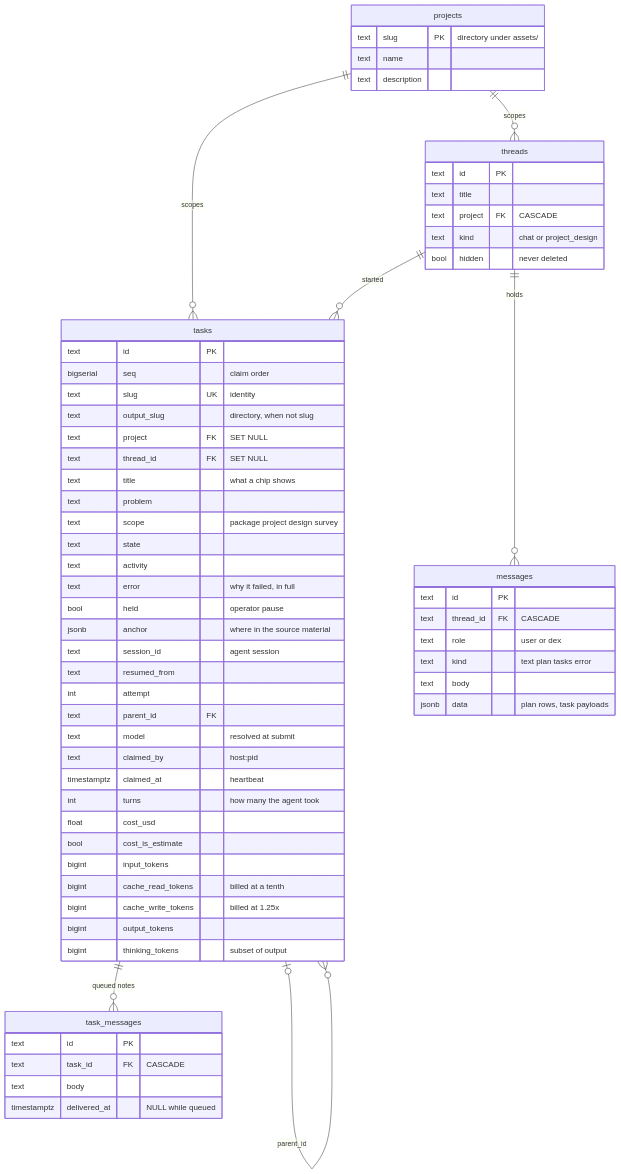
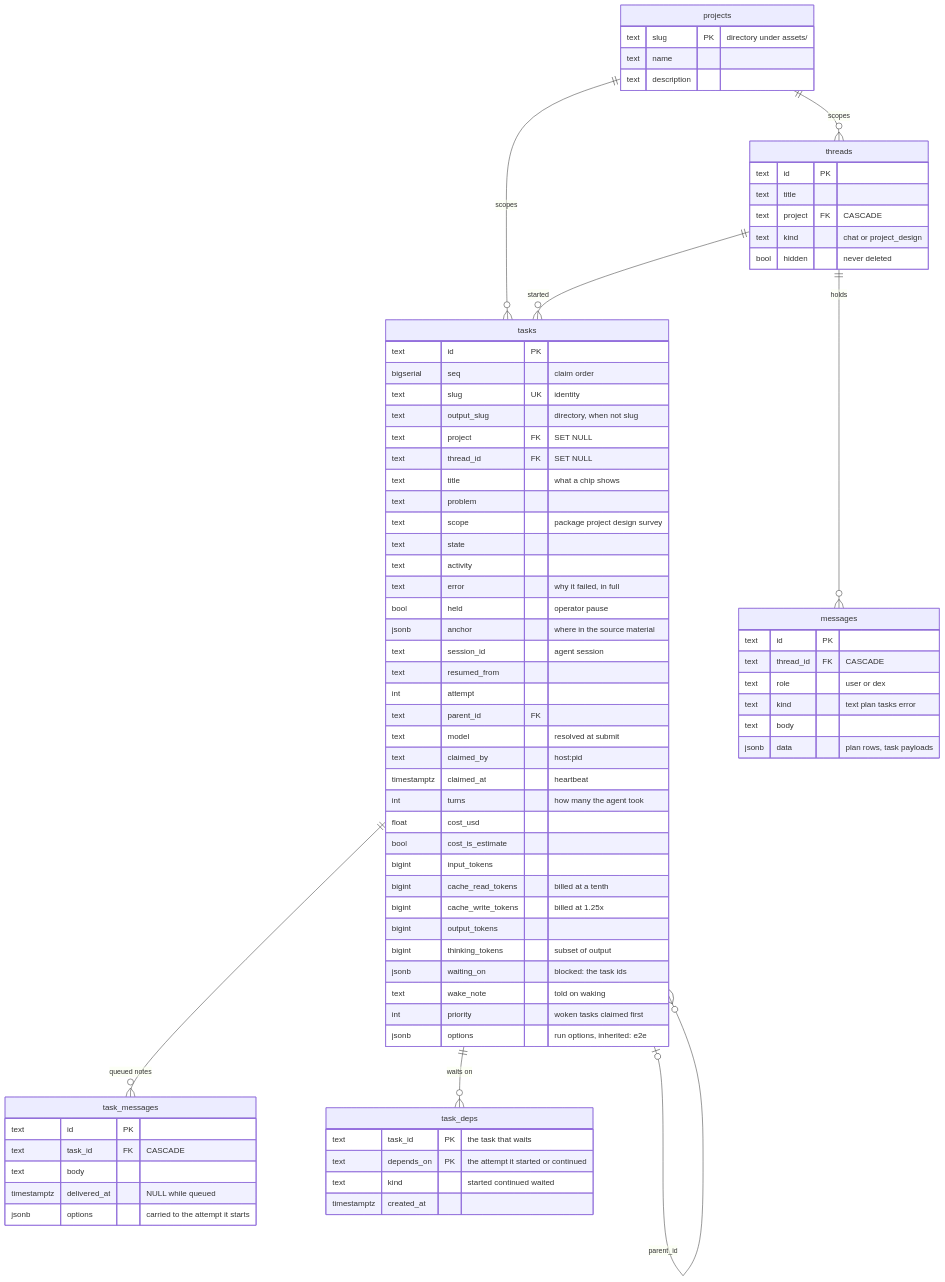
Before and after one commit to radubools/dex: the second of 8 diagrams in design/10_data_model.md, drawn with Mermaid. The commit also changed other lines of this file and 115 other files, not shown here.

First line of the commit message:
Task dependencies (blocked tasks, the task graph), game chat context and delegation, stale locks, and the game-catalog skill

````diff
--- a/design/10_data_model.md
+++ b/design/10_data_model.md
@@ -62,67 +62,79 @@
 ```mermaid
 erDiagram
     projects ||--o{ threads : scopes
     projects ||--o{ tasks : scopes
     threads ||--o{ messages : holds
     threads ||--o{ tasks : started
     tasks ||--o{ task_messages : "queued notes"
     tasks |o--o{ tasks : parent_id
+    tasks ||--o{ task_deps : "waits on"
 
     projects {
         text slug PK "directory under assets/"
         text name
         text description
     }
     threads {
         text id PK
         text title
         text project FK "CASCADE"
         text kind "chat or project_design"
         bool hidden "never deleted"
     }
     messages {
         text id PK
         text thread_id FK "CASCADE"
         text role "user or dex"
         text kind "text plan tasks error"
         text body
         jsonb data "plan rows, task payloads"
     }
     tasks {
         text id PK
         bigserial seq "claim order"
         text slug UK "identity"
         text output_slug "directory, when not slug"
         text project FK "SET NULL"
         text thread_id FK "SET NULL"
         text title "what a chip shows"
         text problem
         text scope "package project design survey"
         text state
         text activity
         text error "why it failed, in full"
         bool held "operator pause"
         jsonb anchor "where in the source material"
         text session_id "agent session"
         text resumed_from
         int attempt
         text parent_id FK
         text model "resolved at submit"
         text claimed_by "host:pid"
         timestamptz claimed_at "heartbeat"
         int turns "how many the agent took"
         float cost_usd
         bool cost_is_estimate
         bigint input_tokens
         bigint cache_read_tokens "billed at a tenth"
         bigint cache_write_tokens "billed at 1.25x"
         bigint output_tokens
         bigint thinking_tokens "subset of output"
+        jsonb waiting_on "blocked: the task ids"
+        text wake_note "told on waking"
+        int priority "woken tasks claimed first"
+        jsonb options "run options, inherited: e2e"
     }
     task_messages {
         text id PK
         text task_id FK "CASCADE"
         text body
         timestamptz delivered_at "NULL while queued"
+        jsonb options "carried to the attempt it starts"
+    }
+    task_deps {
+        text task_id PK "the task that waits"
+        text depends_on PK "the attempt it started or continued"
+        text kind "started continued waited"
+        timestamptz created_at
     }
 ```
````
